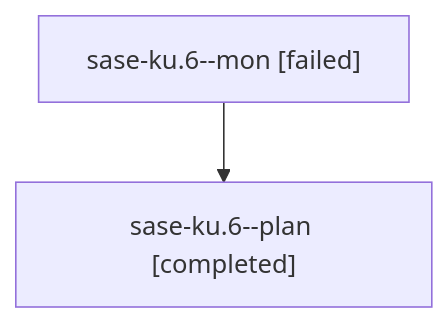
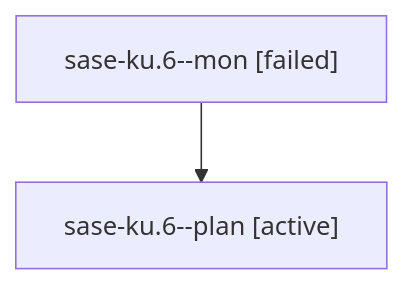
One commit to sase-org/sase--agents changed the diagram in families/bbugyi200.athena.sase-ku.6.md. Above: the diagram before and after it, drawn with Mermaid. The commit also changed other lines of this file and 35830 other files, not shown here.

````diff
--- a/families/bbugyi200.athena.sase-ku.6.md
+++ b/families/bbugyi200.athena.sase-ku.6.md
@@ -9,6 +9,6 @@
 ```mermaid
 flowchart TD
   n0["sase-ku.6--mon [failed]"]
-  n1["sase-ku.6--plan [completed]"]
+  n1["sase-ku.6--plan [active]"]
   n0 --> n1
 ```
````
